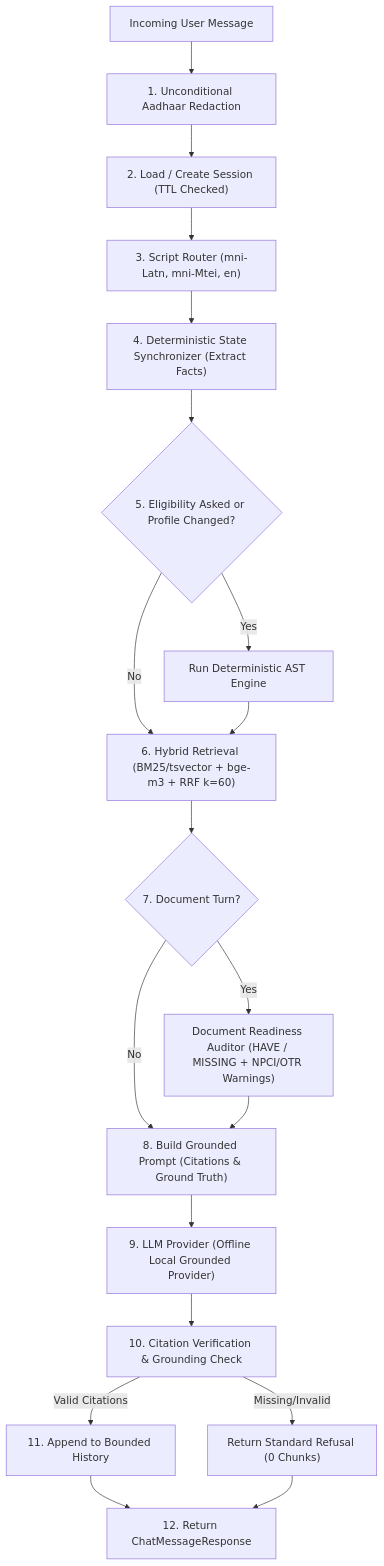
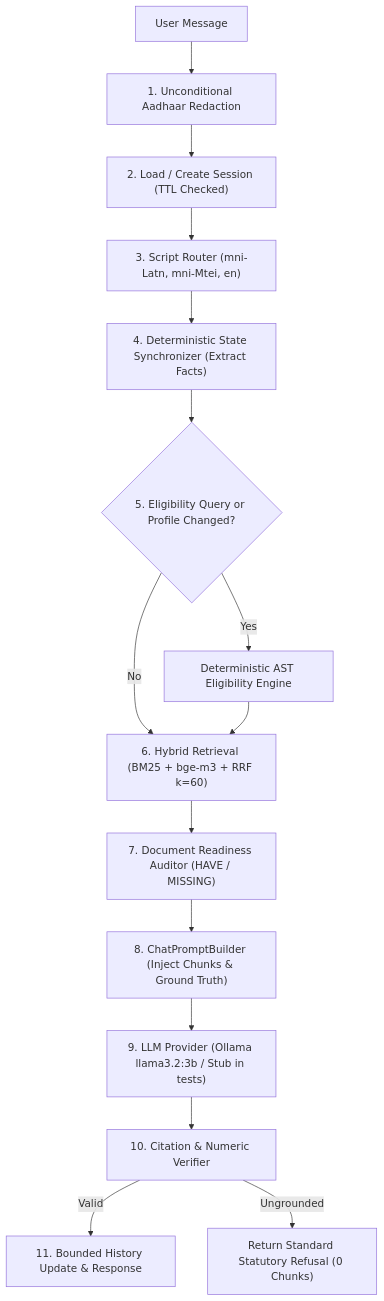
Before and after one commit to mithilesh1627/schemesaathi: the diagram in sprint_4_chat_report.md, drawn with Mermaid. The commit also changed other lines of this file and 7 other files, not shown here.

Commit message:
fix(sprint-4): correct benefit amounts, wire ollama llama3.2, remove missing-fact defaults, and expand tests

````diff
--- a/sprint_4_chat_report.md
+++ b/sprint_4_chat_report.md
@@ -62,21 +100,17 @@
 ```mermaid
 flowchart TD
-    UserMsg["Incoming User Message"] --> AadhaarScrub["1. Unconditional Aadhaar Redaction"]
-    AadhaarScrub --> SessionLoad["2. Load / Create Session (TTL Checked)"]
-    SessionLoad --> ScriptRoute["3. Script Router (mni-Latn, mni-Mtei, en)"]
-    ScriptRoute --> Synchronizer["4. Deterministic State Synchronizer (Extract Facts)"]
-    Synchronizer --> EligibilityCheck{"5. Eligibility Asked or Profile Changed?"}
-    EligibilityCheck -- Yes --> DetEngine["Run Deterministic AST Engine"]
-    EligibilityCheck -- No --> Retrieval
-    DetEngine --> Retrieval["6. Hybrid Retrieval (BM25/tsvector + bge-m3 + RRF k=60)"]
-    Retrieval --> AuditorCheck{"7. Document Turn?"}
-    AuditorCheck -- Yes --> DocAuditor["Document Readiness Auditor (HAVE / MISSING + NPCI/OTR Warnings)"]
-    AuditorCheck -- No --> PromptBuild
-    DocAuditor --> PromptBuild["8. Build Grounded Prompt (Citations & Ground Truth)"]
-    PromptBuild --> LLM["9. LLM Provider (Offline Local Grounded Provider)"]
-    LLM --> CitationVerify["10. Citation Verification & Grounding Check"]
-    CitationVerify -- Valid Citations --> UpdateSession["11. Append to Bounded History"]
-    CitationVerify -- Missing/Invalid --> Refusal["Return Standard Refusal (0 Chunks)"]
-    UpdateSession --> Response["12. Return ChatMessageResponse"]
-    Refusal --> Response
+    UserMsg["User Message"] --> Scrub["1. Unconditional Aadhaar Redaction"]
+    Scrub --> Session["2. Load / Create Session (TTL Checked)"]
+    Session --> Router["3. Script Router (mni-Latn, mni-Mtei, en)"]
+    Router --> Sync["4. Deterministic State Synchronizer (Extract Facts)"]
+    Sync --> EligCheck{"5. Eligibility Query or Profile Changed?"}
+    EligCheck -- Yes --> ASTEngine["Deterministic AST Eligibility Engine"]
+    EligCheck -- No --> HybridRet["6. Hybrid Retrieval (BM25 + bge-m3 + RRF k=60)"]
+    ASTEngine --> HybridRet
+    HybridRet --> Auditor["7. Document Readiness Auditor (HAVE / MISSING)"]
+    Auditor --> Prompt["8. ChatPromptBuilder (Inject Chunks & Ground Truth)"]
+    Prompt --> LLM["9. LLM Provider (Ollama llama3.2:3b / Stub in tests)"]
+    LLM --> Verify["10. Citation & Numeric Verifier"]
+    Verify -- Valid --> FinalAnswer["11. Bounded History Update & Response"]
+    Verify -- Ungrounded --> Refusal["Return Standard Statutory Refusal (0 Chunks)"]
 ```
````
